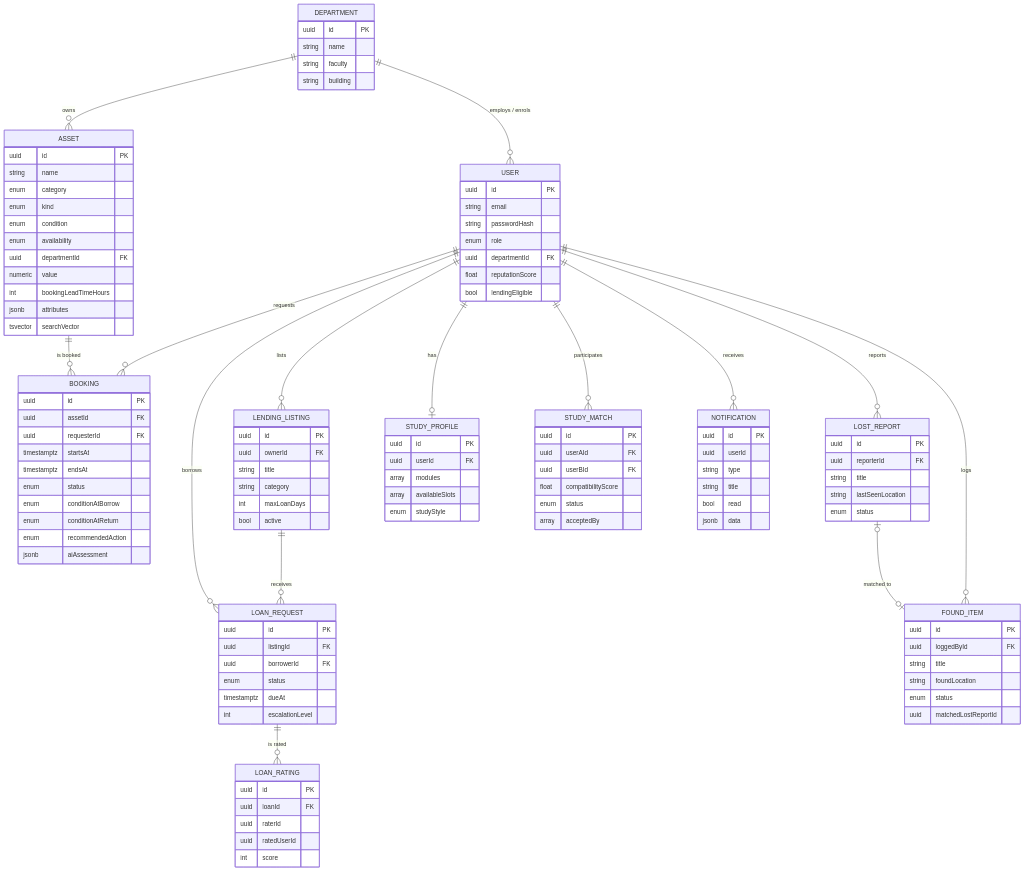
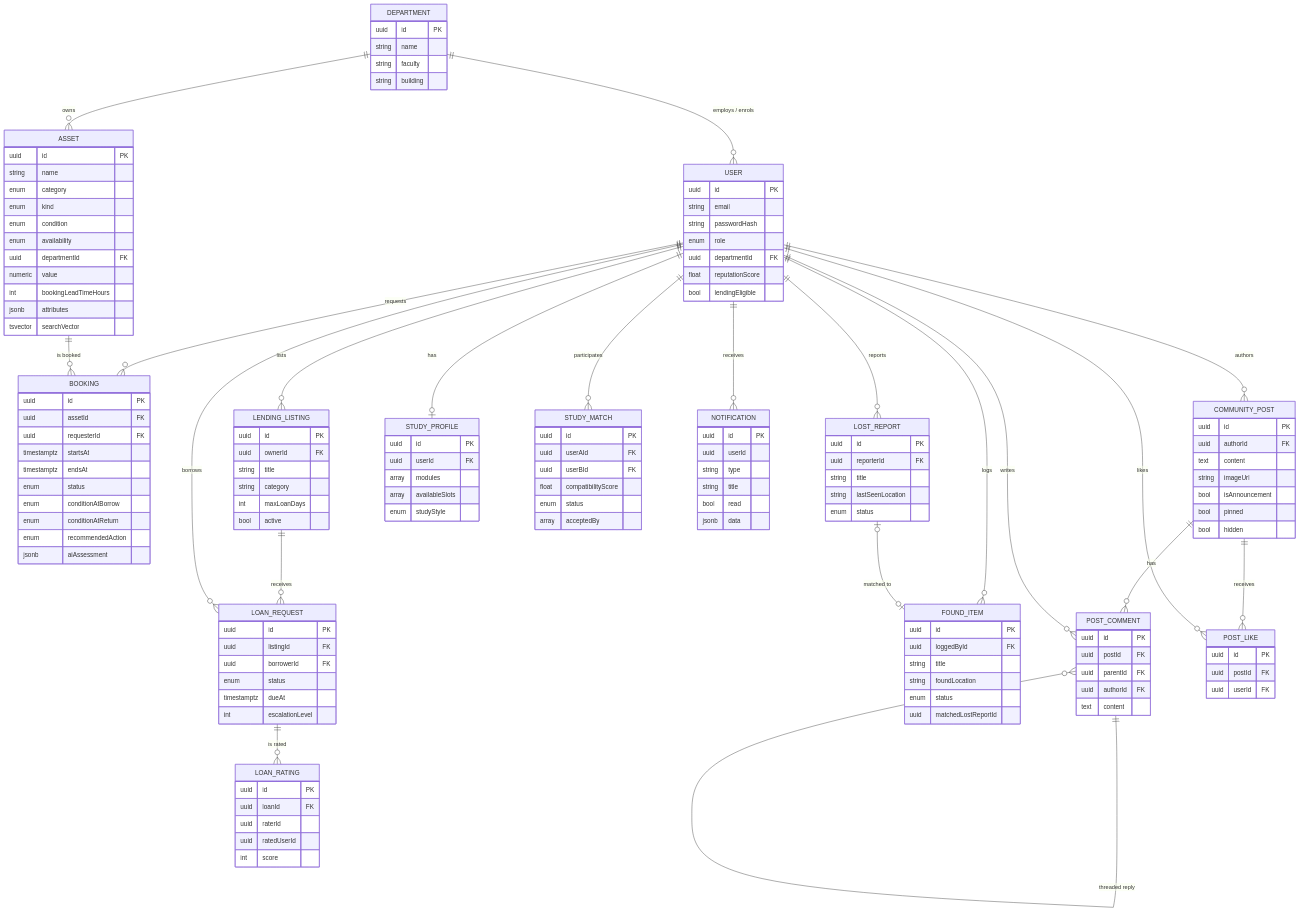
Before and after one commit to aftabx96/CampusLoop: the diagram in docs/SYSTEM_DESIGN.md, drawn with Mermaid. The commit also changed other lines of this file and 17 other files, not shown here.

Commit message:
Added Community Tab And User Profile layout

````diff
--- a/docs/SYSTEM_DESIGN.md
+++ b/docs/SYSTEM_DESIGN.md
@@ -12,30 +12,39 @@
 ```mermaid
 erDiagram
     DEPARTMENT ||--o{ USER : "employs / enrols"
     DEPARTMENT ||--o{ ASSET : "owns"
     USER ||--o{ BOOKING : "requests"
     ASSET ||--o{ BOOKING : "is booked"
     USER ||--o{ LENDING_LISTING : "lists"
     LENDING_LISTING ||--o{ LOAN_REQUEST : "receives"
     USER ||--o{ LOAN_REQUEST : "borrows"
     LOAN_REQUEST ||--o{ LOAN_RATING : "is rated"
     USER ||--o{ LOST_REPORT : "reports"
     USER ||--o{ FOUND_ITEM : "logs"
     LOST_REPORT |o--o| FOUND_ITEM : "matched to"
     USER ||--o| STUDY_PROFILE : "has"
     USER ||--o{ STUDY_MATCH : "participates"
     USER ||--o{ NOTIFICATION : "receives"
+    USER ||--o{ COMMUNITY_POST : "authors"
+    COMMUNITY_POST ||--o{ POST_COMMENT : "has"
+    COMMUNITY_POST ||--o{ POST_LIKE : "receives"
+    POST_COMMENT ||--o{ POST_COMMENT : "threaded reply"
+    USER ||--o{ POST_COMMENT : "writes"
+    USER ||--o{ POST_LIKE : "likes"
 
     DEPARTMENT { uuid id PK  string name  string faculty  string building }
     USER { uuid id PK  string email  string passwordHash  enum role  uuid departmentId FK  float reputationScore  bool lendingEligible }
     ASSET { uuid id PK  string name  enum category  enum kind  enum condition  enum availability  uuid departmentId FK  numeric value  int bookingLeadTimeHours  jsonb attributes  tsvector searchVector }
     BOOKING { uuid id PK  uuid assetId FK  uuid requesterId FK  timestamptz startsAt  timestamptz endsAt  enum status  enum conditionAtBorrow  enum conditionAtReturn  enum recommendedAction  jsonb aiAssessment }
     LENDING_LISTING { uuid id PK  uuid ownerId FK  string title  string category  int maxLoanDays  bool active }
     LOAN_REQUEST { uuid id PK  uuid listingId FK  uuid borrowerId FK  enum status  timestamptz dueAt  int escalationLevel }
     LOAN_RATING { uuid id PK  uuid loanId FK  uuid raterId  uuid ratedUserId  int score }
     LOST_REPORT { uuid id PK  uuid reporterId FK  string title  string lastSeenLocation  enum status }
     FOUND_ITEM { uuid id PK  uuid loggedById FK  string title  string foundLocation  enum status  uuid matchedLostReportId }
     STUDY_PROFILE { uuid id PK  uuid userId FK  array modules  array availableSlots  enum studyStyle }
     STUDY_MATCH { uuid id PK  uuid userAId FK  uuid userBId FK  float compatibilityScore  enum status  array acceptedBy }
     NOTIFICATION { uuid id PK  uuid userId  string type  string title  bool read  jsonb data }
+    COMMUNITY_POST { uuid id PK  uuid authorId FK  text content  string imageUrl  bool isAnnouncement  bool pinned  bool hidden }
+    POST_COMMENT { uuid id PK  uuid postId FK  uuid parentId FK  uuid authorId FK  text content }
+    POST_LIKE { uuid id PK  uuid postId FK  uuid userId FK }
 ```
````
